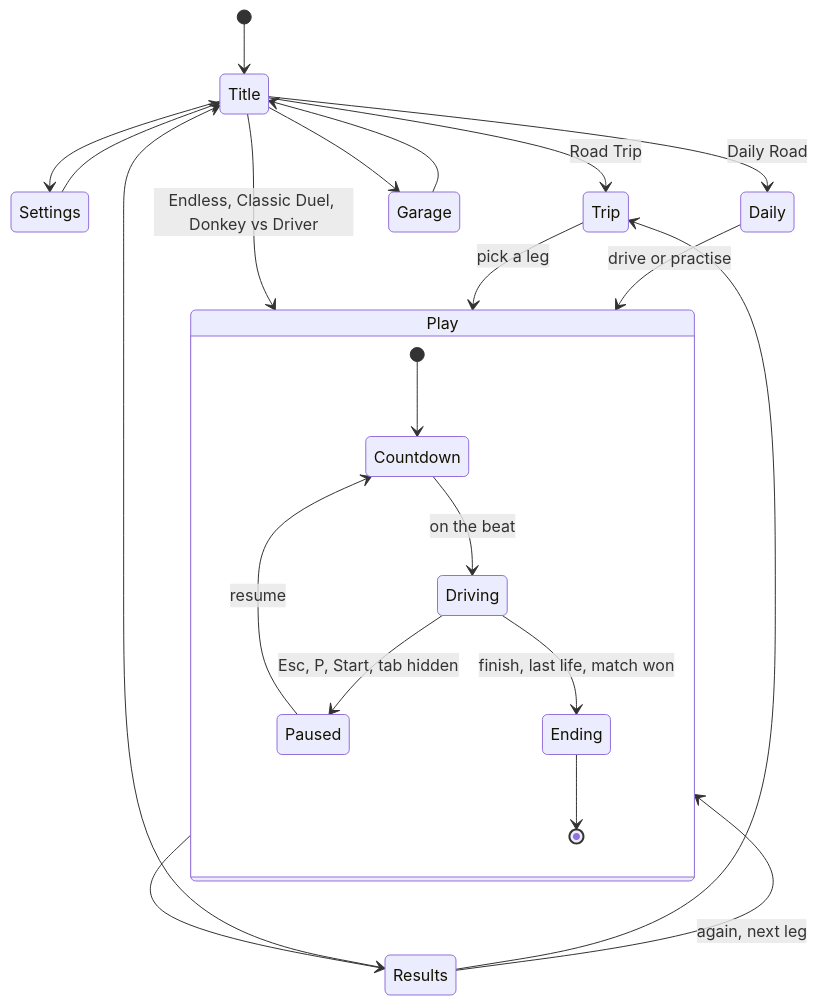
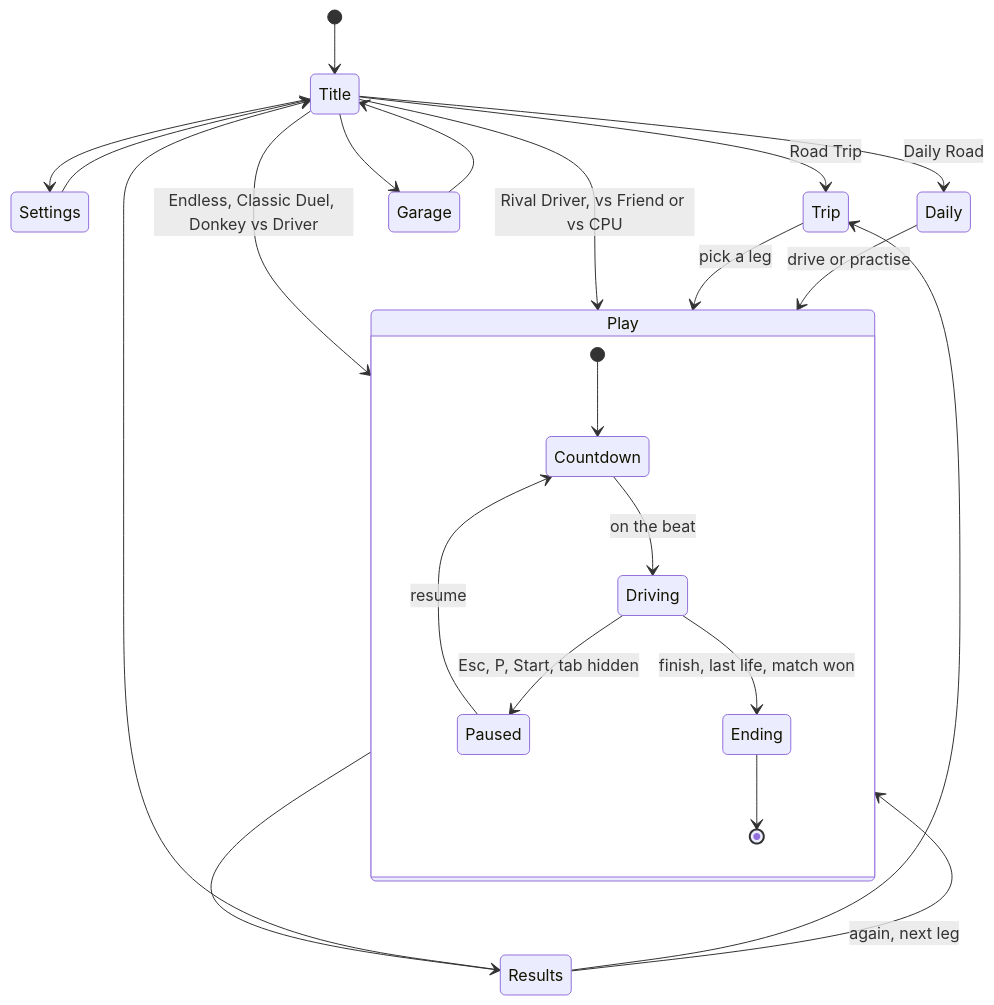
One commit to agunawijaya/NeoArcade changed the second of 8 diagrams in ports/donkey-dash/docs/ARCHITECTURE.md. Above: the diagram before and after it, drawn with Mermaid. The commit also changed other lines of this file and 101 other files, not shown here.

````diff
--- a/ports/donkey-dash/docs/ARCHITECTURE.md
+++ b/ports/donkey-dash/docs/ARCHITECTURE.md
@@ -167,25 +191,26 @@
 ```mermaid
 stateDiagram-v2
   [*] --> Title
   Title --> Settings
   Title --> Trip: Road Trip
   Title --> Daily: Daily Road
   Title --> Garage
   Title --> Play: Endless, Classic Duel, Donkey vs Driver
+  Title --> Play: Rival Driver, vs Friend or vs CPU
   Trip --> Play: pick a leg
   Daily --> Play: drive or practise
   Settings --> Title
   Garage --> Title
   state Play {
     [*] --> Countdown
     Countdown --> Driving: on the beat
     Driving --> Paused: Esc, P, Start, tab hidden
     Paused --> Countdown: resume
     Driving --> Ending: finish, last life, match won
     Ending --> [*]
   }
   Play --> Results
   Results --> Play: again, next leg
   Results --> Title
   Results --> Trip
 ```
````
